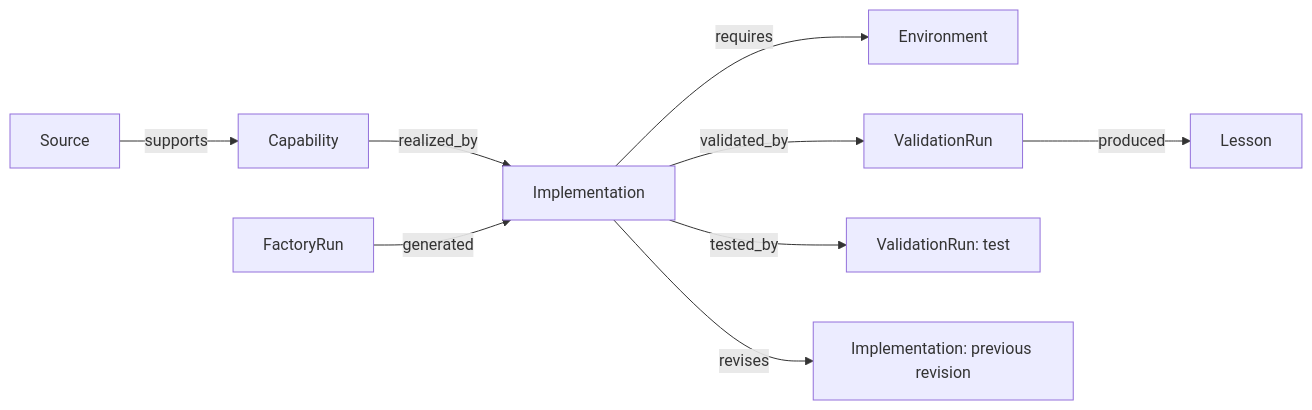
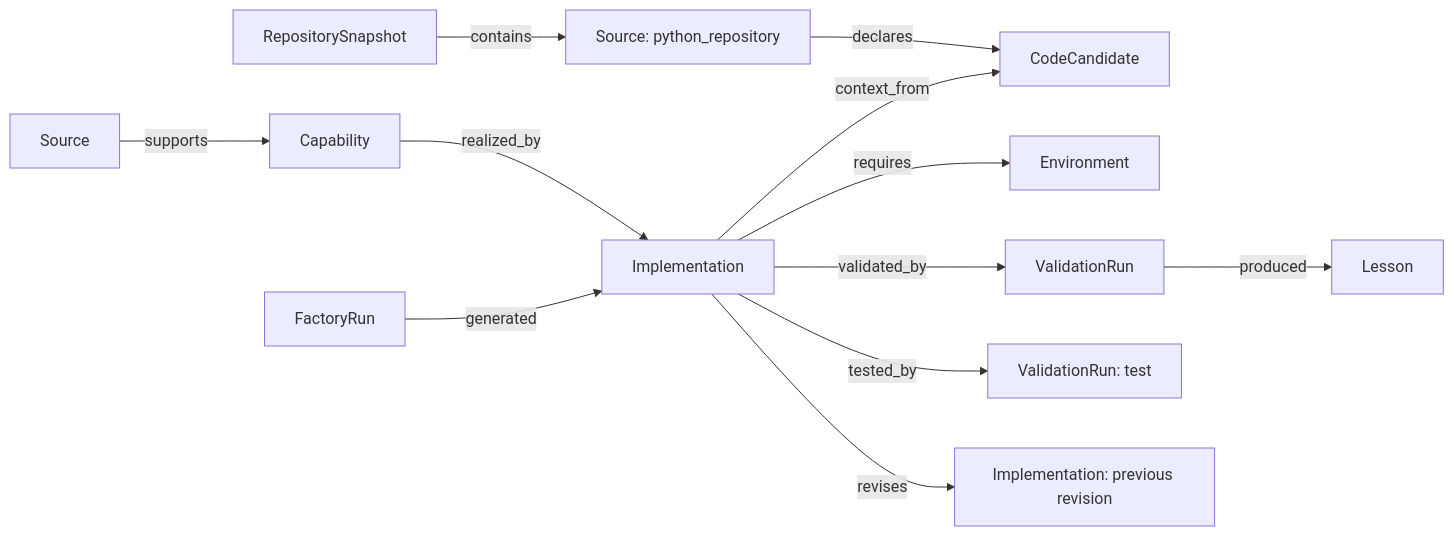
Before and after one commit to CRAZY-NEO/memory-agent-factory: the diagram in docs/schema.md, drawn with Mermaid. The commit also changed other lines of this file and 74 other files, not shown here.

````diff
--- a/docs/schema.md
+++ b/docs/schema.md
@@ -20,11 +22,14 @@
 ```mermaid
 graph LR
+  RepositorySnapshot -->|contains| RepoSource[Source: python_repository]
+  RepoSource -->|declares| CodeCandidate
   Source -->|supports| Capability
   Capability -->|realized_by| Implementation
   Implementation -->|requires| Environment
+  Implementation -->|context_from| CodeCandidate
   Implementation -->|validated_by| ValidationRun
   Implementation -->|tested_by| FinalTest[ValidationRun: test]
   Implementation -->|revises| Previous[Implementation: previous revision]
   ValidationRun -->|produced| Lesson
   FactoryRun -->|generated| Implementation
 ```
````
